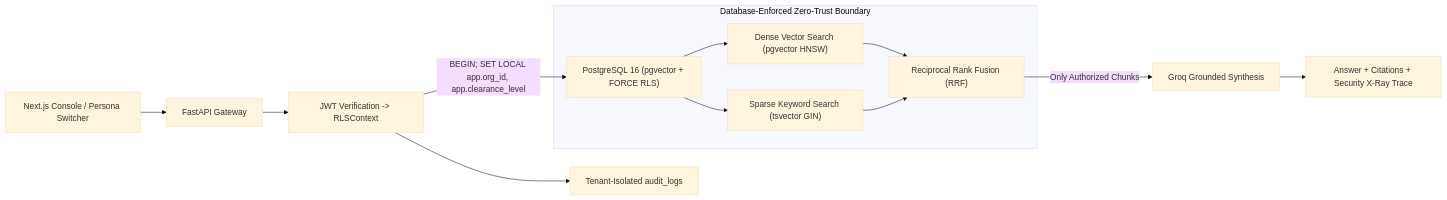
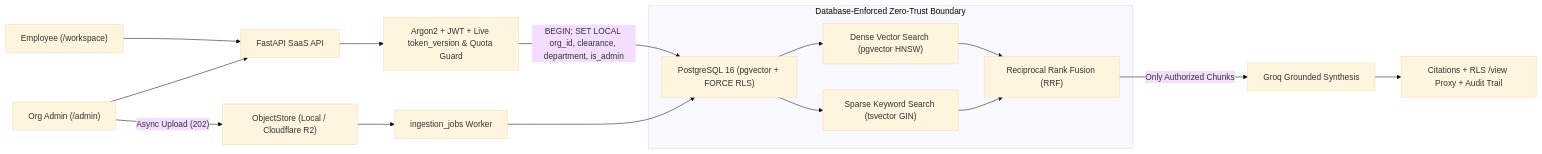
The diagram in README.md (Amar2502/EnclaveRAG), drawn with Mermaid (base theme) before and after one commit. The commit also changed other lines of this file and 37 other files, not shown here.

Commit message:
feat: add multi-tenant SaaS authentication, ABAC controls, and CI workflow

````diff
--- a/README.md
+++ b/README.md
@@ -27,17 +23,20 @@
 ```mermaid
 flowchart LR
-    U["Next.js Console / Persona Switcher"] --> API["FastAPI Gateway"]
-    API --> AUTH["JWT Verification -> RLSContext"]
-    AUTH -->|"BEGIN; SET LOCAL app.org_id, app.clearance_level"| DB["PostgreSQL 16 (pgvector + FORCE RLS)"]
+    EMP["Employee (/workspace)"] --> API["FastAPI SaaS API"]
+    ADM["Org Admin (/admin)"] --> API
+    API --> AUTH["Argon2 + JWT + Live token_version & Quota Guard"]
+    AUTH -->|"BEGIN; SET LOCAL org_id, clearance, department, is_admin"| DB["PostgreSQL 16 (pgvector + FORCE RLS)"]
 
     subgraph DB_LAYER["Database-Enforced Zero-Trust Boundary"]
         DB --> VEC["Dense Vector Search (pgvector HNSW)"]
         DB --> FTS["Sparse Keyword Search (tsvector GIN)"]
         VEC --> RRF["Reciprocal Rank Fusion (RRF)"]
         FTS --> RRF
     end
 
+    ADM -->|"Async Upload (202)"| STORE["ObjectStore (Local / Cloudflare R2)"]
+    STORE --> WORKER["ingestion_jobs Worker"]
+    WORKER --> DB
     RRF -->|"Only Authorized Chunks"| LLM["Groq Grounded Synthesis"]
-    LLM --> UI["Answer + Citations + Security X-Ray Trace"]
-    AUTH --> AUDIT["Tenant-Isolated audit_logs"]
+    LLM --> UI["Citations + RLS /view Proxy + Audit Trail"]
 ```
````
